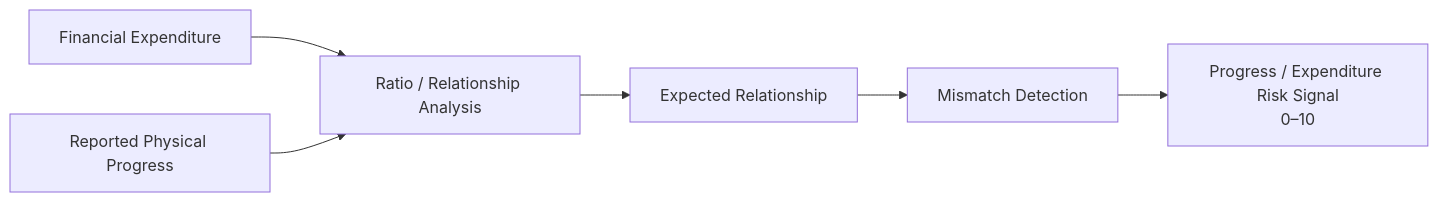
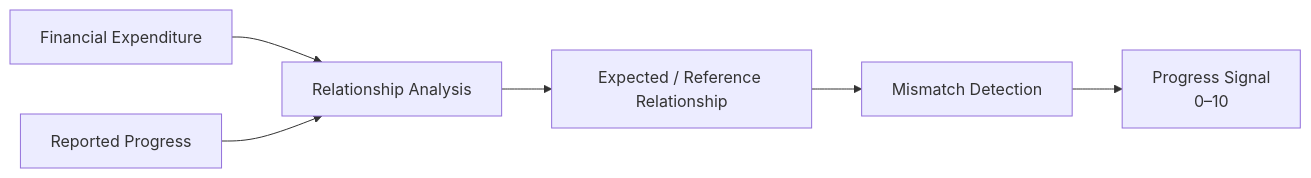
Before and after one commit to the-nidhi-bhat/mplads-sentinel: the seventh of 19 diagrams in README.md, drawn with Mermaid. The commit also changed other lines of this file, not shown here.

````diff
--- a/README.md
+++ b/README.md
@@ -401,15 +281,12 @@
 ```mermaid
 flowchart LR
+    A["Financial Expenditure"]
+    B["Reported Progress"]
 
-    A["Financial Expenditure"]
-    --> C["Ratio / Relationship Analysis"]
+    A --> C["Relationship Analysis"]
+    B --> C
 
-    B["Reported Physical Progress"]
-    --> C
-
-    C --> D["Expected Relationship"]
-
+    C --> D["Expected / Reference Relationship"]
     D --> E["Mismatch Detection"]
-
-    E --> F["Progress / Expenditure Risk Signal<br/>0–10"]
+    E --> F["Progress Signal<br/>0–10"]
 ```
````
